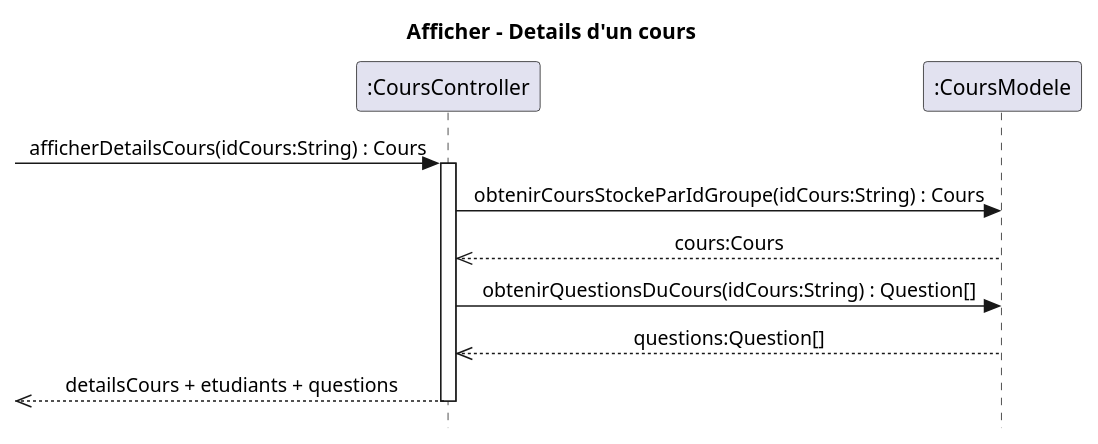
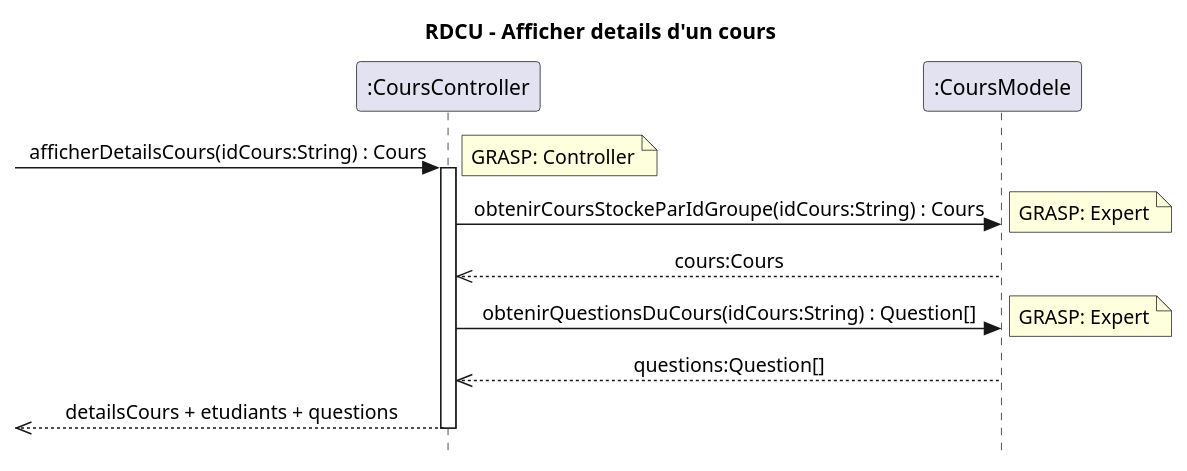
The diagram in docs/modeles/cu01/rdcu-afficherDetailsCours.puml (xMrYahya/moodle-clone), drawn with PlantUML before and after one commit. The commit also changed 5 other files, not shown here.

```diff
--- a/docs/modeles/cu01/rdcu-afficherDetailsCours.puml
+++ b/docs/modeles/cu01/rdcu-afficherDetailsCours.puml
@@ -1,17 +1,20 @@
 @startuml
-title Afficher - Details d'un cours
+title RDCU - Afficher details d'un cours
 skinparam Style strictuml
 skinparam sequenceMessageAlign center
 
 participant ":CoursController" as coursController
 participant ":CoursModele" as coursModele
 
 -> coursController : afficherDetailsCours(idCours:String) : Cours
+note right: GRASP: Controller
 activate coursController
 coursController -> coursModele : obtenirCoursStockeParIdGroupe(idCours:String) : Cours
+note right: GRASP: Expert
 coursModele -->> coursController : cours:Cours
 coursController -> coursModele : obtenirQuestionsDuCours(idCours:String) : Question[]
+note right: GRASP: Expert
 coursModele -->> coursController : questions:Question[]
 <<-- coursController : detailsCours + etudiants + questions
 deactivate coursController
 @enduml
```
